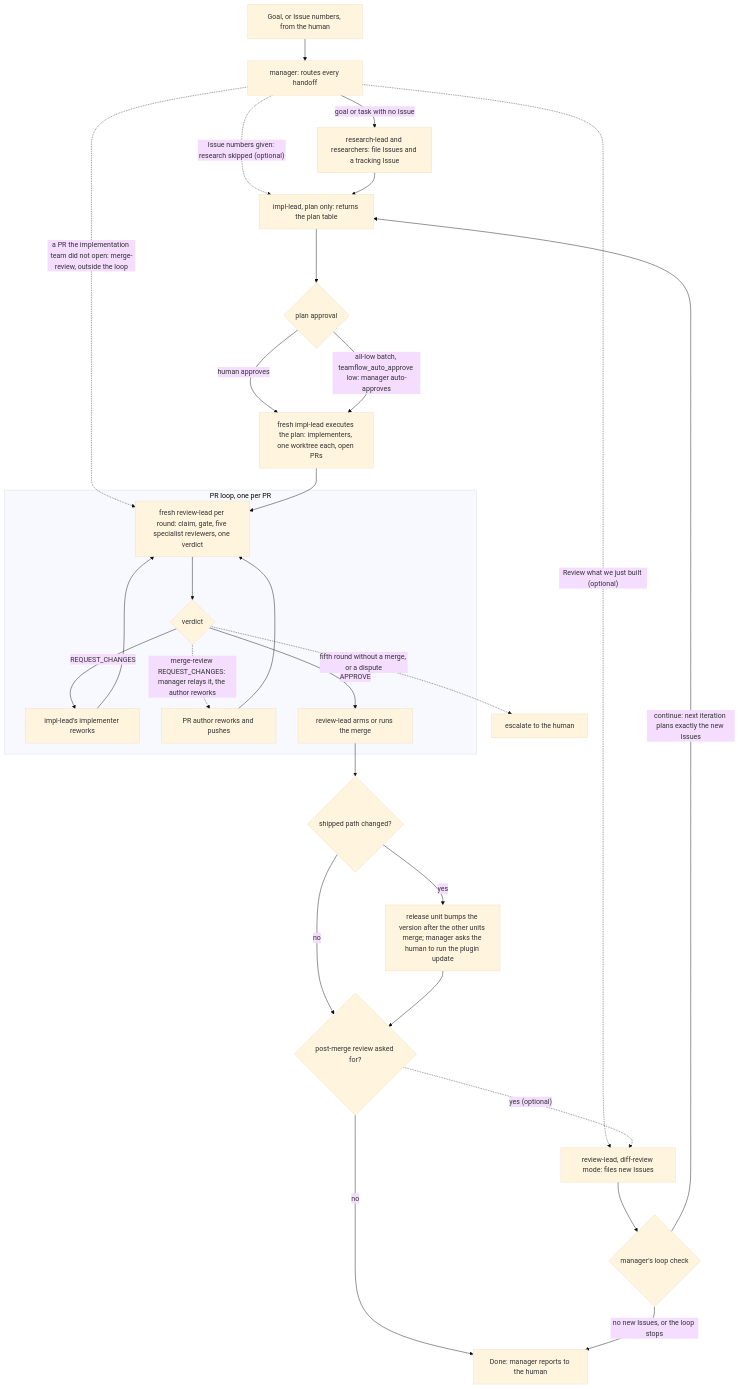
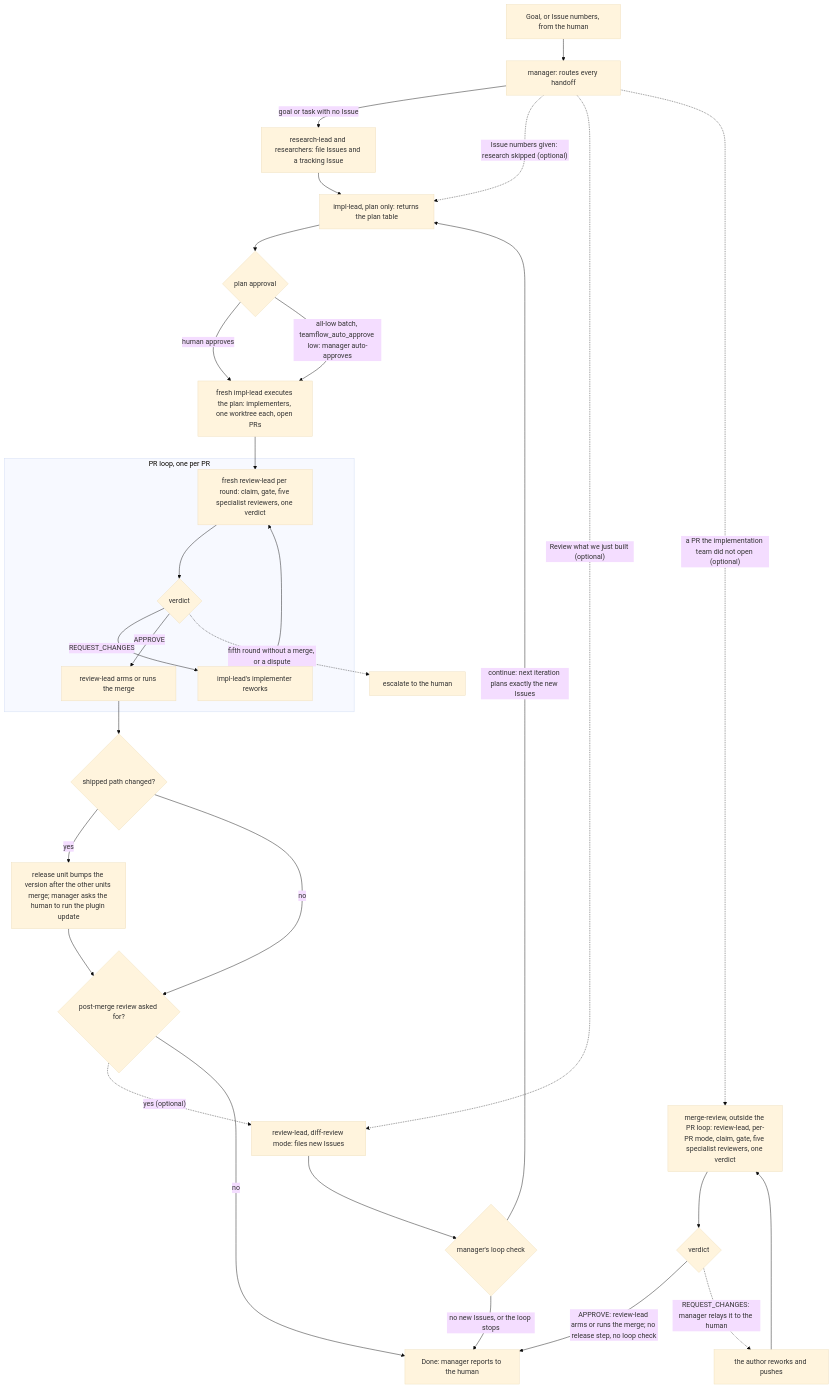
Before and after one commit to MyCookie/teamflow: the diagram in docs/running.md, drawn with Mermaid (base theme).

Commit message:
docs(running): draw merge-review outside the PR loop
Merge-review gets its own path: APPROVE goes to Done with no release
step and no loop check; REQUEST_CHANGES is relayed to the human and the
author reworks.

Refs: #292

````diff
--- a/docs/running.md
+++ b/docs/running.md
@@ -24,33 +24,36 @@
 ```mermaid
 flowchart TD
     Goal["Goal, or Issue numbers, from the human"] --> Manager["manager: routes every handoff"]
     Manager -->|"goal or task with no Issue"| Research["research-lead and researchers: file Issues and a tracking Issue"]
     Manager -.->|"Issue numbers given: research skipped (optional)"| Plan
     Manager -.->|"Review what we just built (optional)"| Post
-    Manager -.->|"a PR the implementation team did not open: merge-review, outside the loop"| Round
+    Manager -.->|"a PR the implementation team did not open (optional)"| MR
     Research --> Plan
     Plan["impl-lead, plan only: returns the plan table"] --> Approve{"plan approval"}
     Approve -->|"human approves"| Exec
     Approve -->|"all-low batch, teamflow_auto_approve low: manager auto-approves"| Exec
     Exec["fresh impl-lead executes the plan: implementers, one worktree each, open PRs"] --> Round
 
     subgraph prloop ["PR loop, one per PR"]
         Round["fresh review-lead per round: claim, gate, five specialist reviewers, one verdict"] --> Verdict{"verdict"}
         Verdict -->|"REQUEST_CHANGES"| Rework["impl-lead's implementer reworks"]
         Rework --> Round
-        Verdict -.->|"merge-review REQUEST_CHANGES: manager relays it, the author reworks"| Author["PR author reworks and pushes"]
-        Author --> Round
         Verdict -->|"APPROVE"| Merge["review-lead arms or runs the merge"]
     end
 
     Verdict -.->|"fifth round without a merge, or a dispute"| Human["escalate to the human"]
+
+    MR["merge-review, outside the PR loop: review-lead, per-PR mode, claim, gate, five specialist reviewers, one verdict"] --> MRV{"verdict"}
+    MRV -->|"APPROVE: review-lead arms or runs the merge; no release step, no loop check"| Done
+    MRV -.->|"REQUEST_CHANGES: manager relays it to the human"| Author["the author reworks and pushes"]
+    Author --> MR
     Merge --> Rel{"shipped path changed?"}
     Rel -->|"yes"| Release["release unit bumps the version after the other units merge; manager asks the human to run the plugin update"]
     Rel -->|"no"| Next
     Release --> Next{"post-merge review asked for?"}
     Next -.->|"yes (optional)"| Post
     Next -->|"no"| Done["Done: manager reports to the human"]
     Post["review-lead, diff-review mode: files new Issues"] --> Loop{"manager's loop check"}
     Loop -->|"continue: next iteration plans exactly the new Issues"| Plan
     Loop -->|"no new Issues, or the loop stops"| Done
 ```
````
